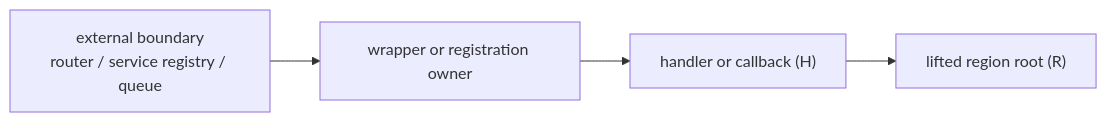
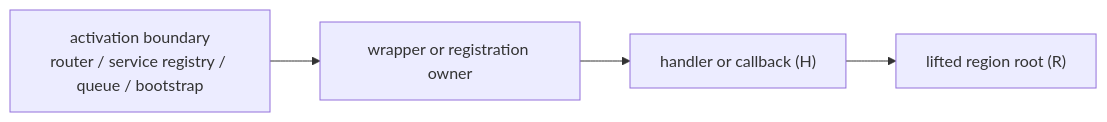
One commit to tgoodwin/monolift changed the second of 3 diagrams in docs/site/docs/entrypath-bridge.md. Above: the diagram before and after it, drawn with Mermaid. The commit also changed other lines of this file and 5 other files, not shown here.

````diff
--- a/docs/site/docs/entrypath-bridge.md
+++ b/docs/site/docs/entrypath-bridge.md
@@ -72,6 +139,6 @@
 ```mermaid
 flowchart LR
-    B["external boundary<br/>router / service registry / queue"] --> W["wrapper or registration owner"]
+    B["activation boundary<br/>router / service registry / queue / bootstrap"] --> W["wrapper or registration owner"]
     W --> H["handler or callback (H)"]
     H --> R["lifted region root (R)"]
 ```
````
